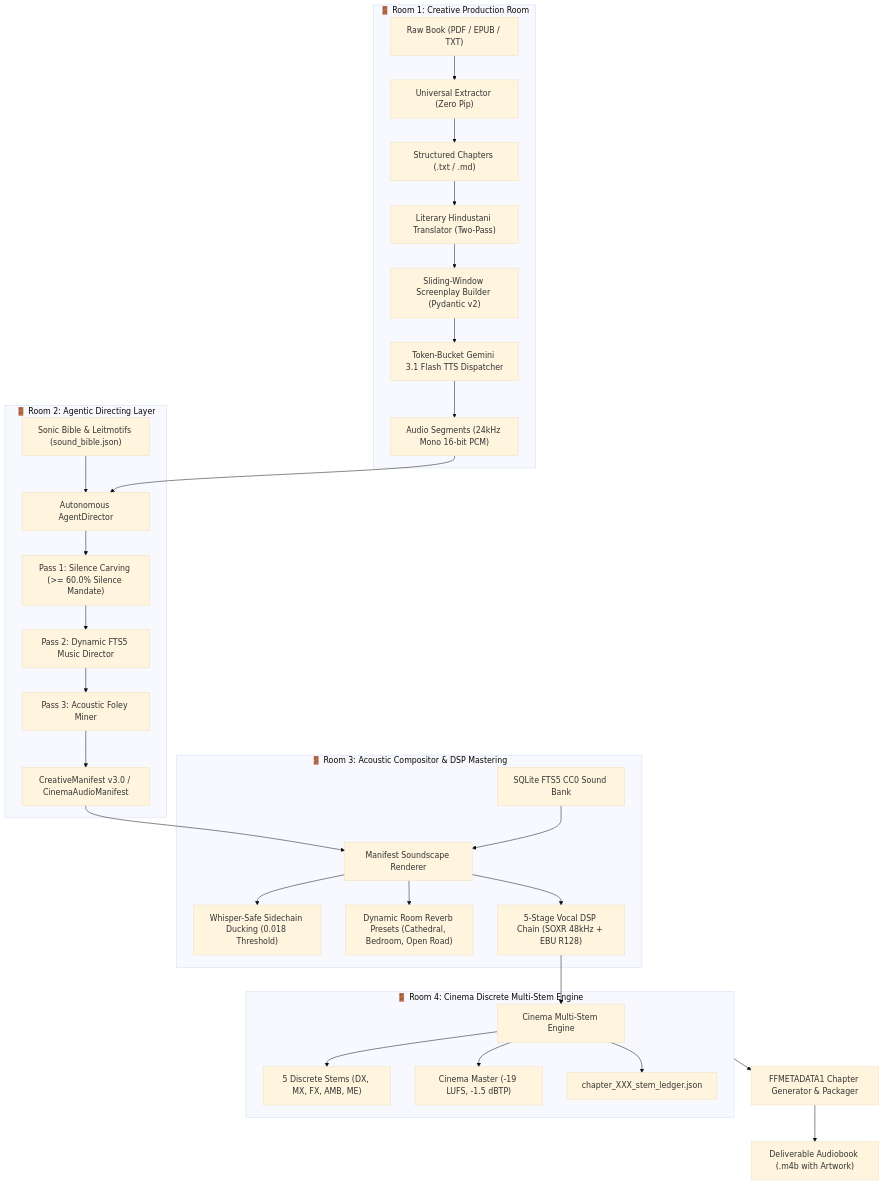
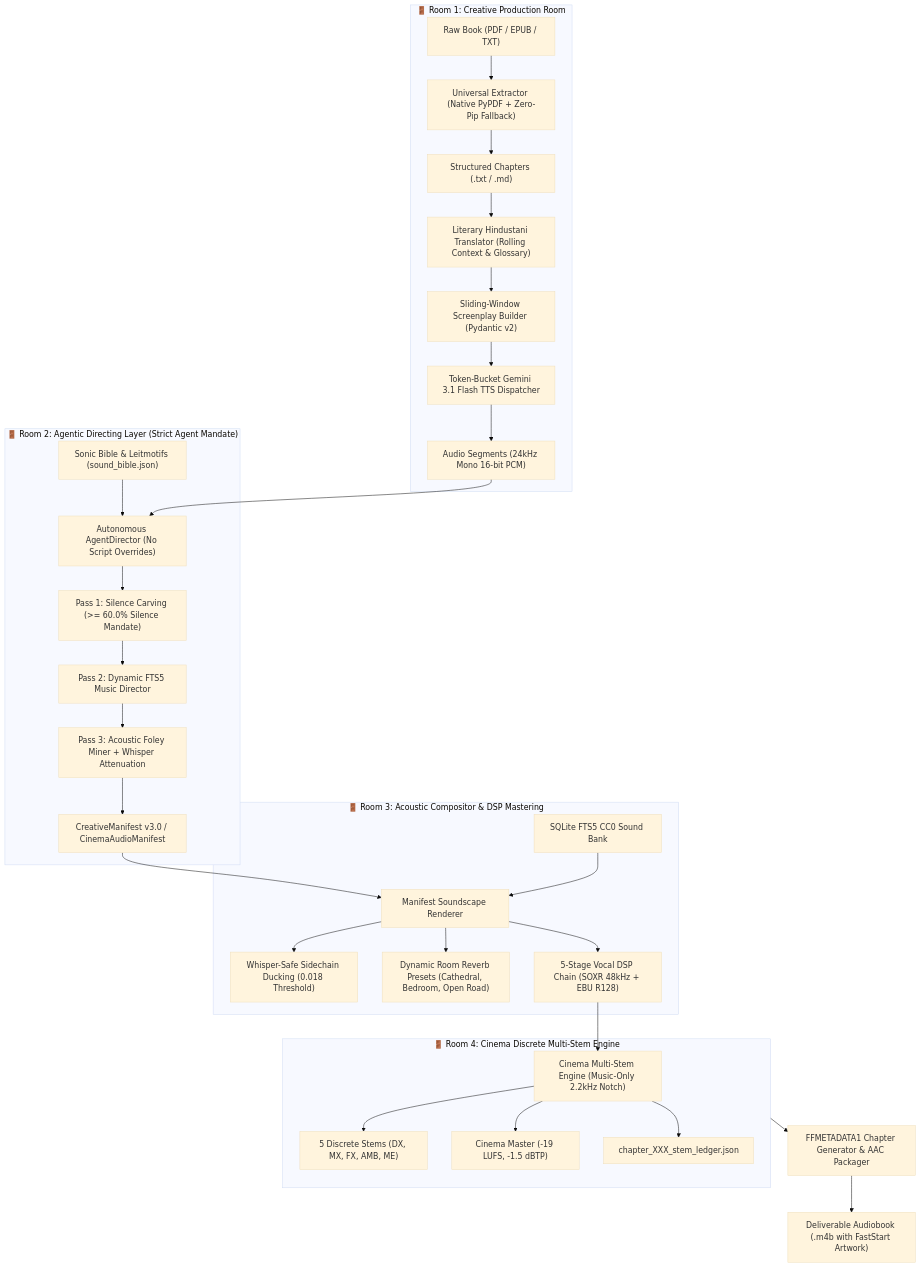
Before and after one commit to naksh-07/audiobook-maker: the diagram in README.md, drawn with Mermaid (base theme). The commit also changed other lines of this file and 24 other files, not shown here.

````diff
--- a/README.md
+++ b/README.md
@@ -24,38 +24,38 @@
 ```mermaid
 flowchart TD
     subgraph Room1["🚪 Room 1: Creative Production Room"]
-        Book["Raw Book (PDF / EPUB / TXT)"] --> Extractor["Universal Extractor (Zero Pip)"]
+        Book["Raw Book (PDF / EPUB / TXT)"] --> Extractor["Universal Extractor (Native PyPDF + Zero-Pip Fallback)"]
         Extractor --> Chapters["Structured Chapters (.txt / .md)"]
-        Chapters --> Translator["Literary Hindustani Translator (Two-Pass)"]
+        Chapters --> Translator["Literary Hindustani Translator (Rolling Context & Glossary)"]
         Translator --> ScriptBuilder["Sliding-Window Screenplay Builder (Pydantic v2)"]
         ScriptBuilder --> Dispatcher["Token-Bucket Gemini 3.1 Flash TTS Dispatcher"]
         Dispatcher --> AudioChunks["Audio Segments (24kHz Mono 16-bit PCM)"]
     end
 
-    subgraph Room2["🚪 Room 2: Agentic Directing Layer"]
-        Bible["Sonic Bible & Leitmotifs (sound_bible.json)"] --> Director["Autonomous AgentDirector"]
+    subgraph Room2["🚪 Room 2: Agentic Directing Layer (Strict Agent Mandate)"]
+        Bible["Sonic Bible & Leitmotifs (sound_bible.json)"] --> Director["Autonomous AgentDirector (No Script Overrides)"]
         AudioChunks --> Director
         Director --> SilenceCarve["Pass 1: Silence Carving (>= 60.0% Silence Mandate)"]
         SilenceCarve --> MusicDir["Pass 2: Dynamic FTS5 Music Director"]
-        MusicDir --> FoleyMiner["Pass 3: Acoustic Foley Miner"]
+        MusicDir --> FoleyMiner["Pass 3: Acoustic Foley Miner + Whisper Attenuation"]
         FoleyMiner --> Manifest["CreativeManifest v3.0 / CinemaAudioManifest"]
     end
 
     subgraph Room3["🚪 Room 3: Acoustic Compositor & DSP Mastering"]
         Manifest --> Renderer["Manifest Soundscape Renderer"]
         SoundBank["SQLite FTS5 CC0 Sound Bank"] --> Renderer
         Renderer --> Ducking["Whisper-Safe Sidechain Ducking (0.018 Threshold)"]
         Renderer --> Reverb["Dynamic Room Reverb Presets (Cathedral, Bedroom, Open Road)"]
         Renderer --> VocalDSP["5-Stage Vocal DSP Chain (SOXR 48kHz + EBU R128)"]
     end
 
     subgraph Room4["🚪 Room 4: Cinema Discrete Multi-Stem Engine"]
-        VocalDSP --> CinemaEngine["Cinema Multi-Stem Engine"]
+        VocalDSP --> CinemaEngine["Cinema Multi-Stem Engine (Music-Only 2.2kHz Notch)"]
         CinemaEngine --> Stems["5 Discrete Stems (DX, MX, FX, AMB, ME)"]
         CinemaEngine --> Master["Cinema Master (-19 LUFS, -1.5 dBTP)"]
         CinemaEngine --> Ledger["chapter_XXX_stem_ledger.json"]
     end
 
-    Room4 --> Packager["FFMETADATA1 Chapter Generator & Packager"]
-    Packager --> M4B["Deliverable Audiobook (.m4b with Artwork)"]
+    Room4 --> Packager["FFMETADATA1 Chapter Generator & AAC Packager"]
+    Packager --> M4B["Deliverable Audiobook (.m4b with FastStart Artwork)"]
 ```
````
